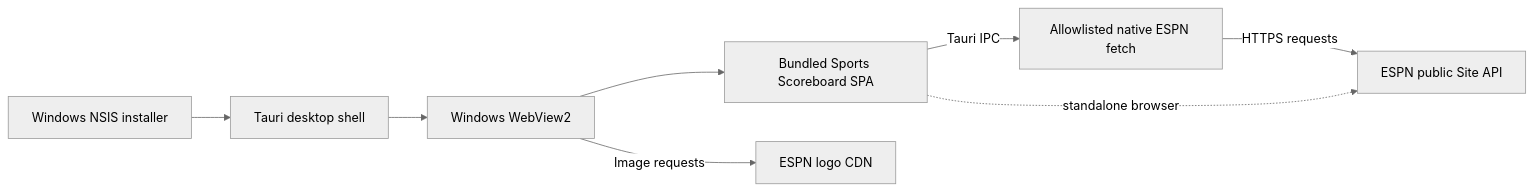
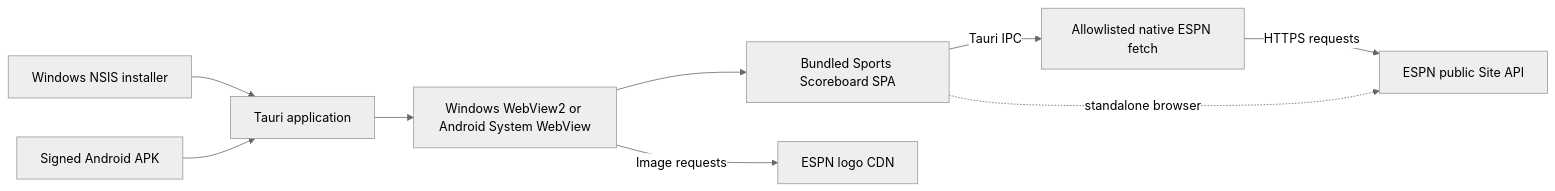
One commit to RyanMorrisroe/SportsScoreboard-Native changed the diagram in README.md. Above: the diagram before and after it, drawn with Mermaid (neutral theme). The commit also changed other lines of this file and 51 other files, not shown here.

````diff
--- a/README.md
+++ b/README.md
@@ -13,10 +13,11 @@
 ```mermaid
 flowchart LR
-	Installer[Windows NSIS installer] --> Tauri[Tauri desktop shell]
-	Tauri --> WebView[Windows WebView2]
+	Installer[Windows NSIS installer] --> Tauri[Tauri application]
+	APK[Signed Android APK] --> Tauri
+	Tauri --> WebView[Windows WebView2 or Android System WebView]
 	WebView --> SPA[Bundled Sports Scoreboard SPA]
 	SPA -->|Tauri IPC| Proxy[Allowlisted native ESPN fetch]
 	Proxy -->|HTTPS requests| ESPN[ESPN public Site API]
 	SPA -. standalone browser .-> ESPN
 	WebView -->|Image requests| ESPNCDN[ESPN logo CDN]
 ```
````
